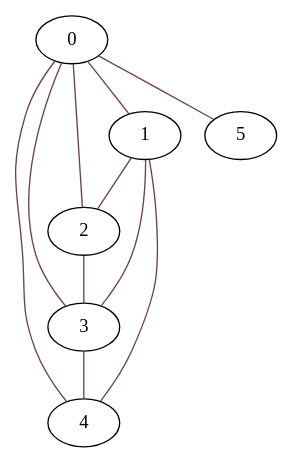
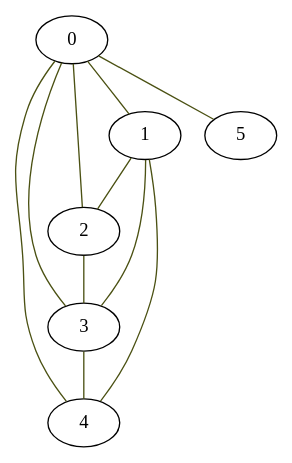
One commit to homoglobina/ChinesePostmen changed the diagram in graph.dot. Above: the diagram before and after it, drawn with Graphviz. The commit also changed 7 other files, not shown here.

```diff
--- a/graph.dot
+++ b/graph.dot
@@ -1,12 +1,12 @@
 graph G {
-  0 -- 1 [color="#6d414b"];
-  0 -- 2 [color="#6d414b"];
-  0 -- 3 [color="#6d414b"];
-  0 -- 4 [color="#6d414b"];
-  0 -- 5 [color="#6d414b"];
-  1 -- 2 [color="#6d414b"];
-  1 -- 3 [color="#6d414b"];
-  1 -- 4 [color="#6d414b"];
-  2 -- 3 [color="#6d414b"];
-  3 -- 4 [color="#6d414b"];
+  0 -- 1 [color="#4b5113"];
+  0 -- 2 [color="#4b5113"];
+  0 -- 3 [color="#4b5113"];
+  0 -- 4 [color="#4b5113"];
+  0 -- 5 [color="#4b5113"];
+  1 -- 2 [color="#4b5113"];
+  1 -- 3 [color="#4b5113"];
+  1 -- 4 [color="#4b5113"];
+  2 -- 3 [color="#4b5113"];
+  3 -- 4 [color="#4b5113"];
 }
```
